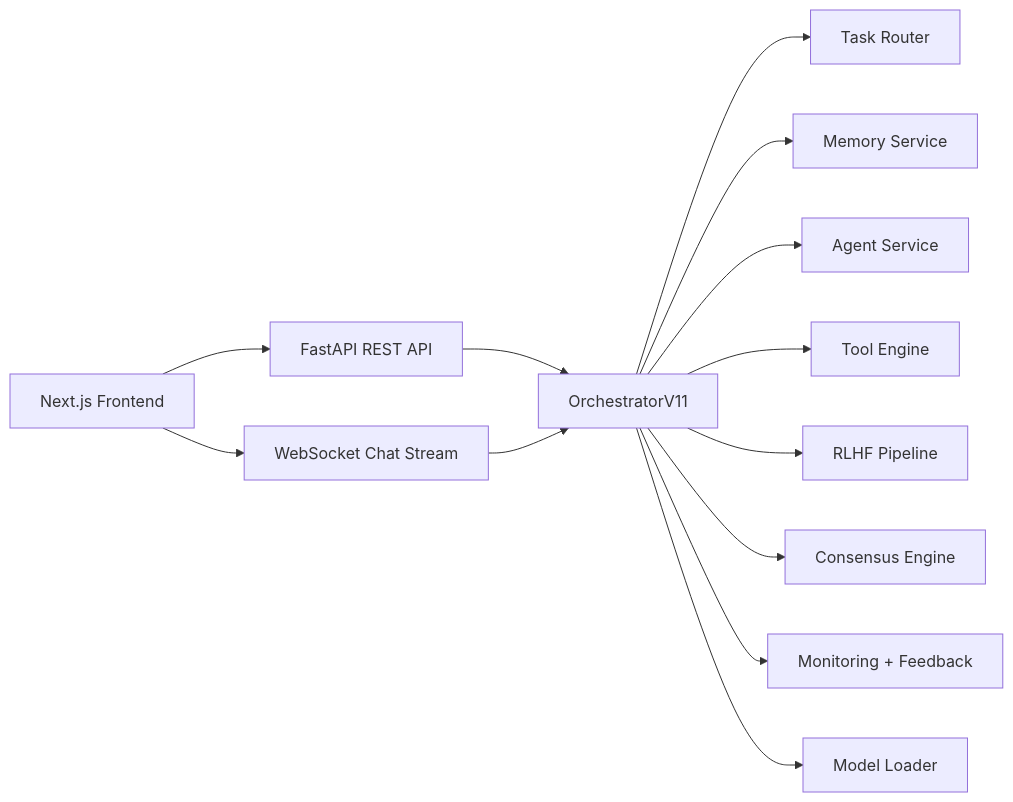
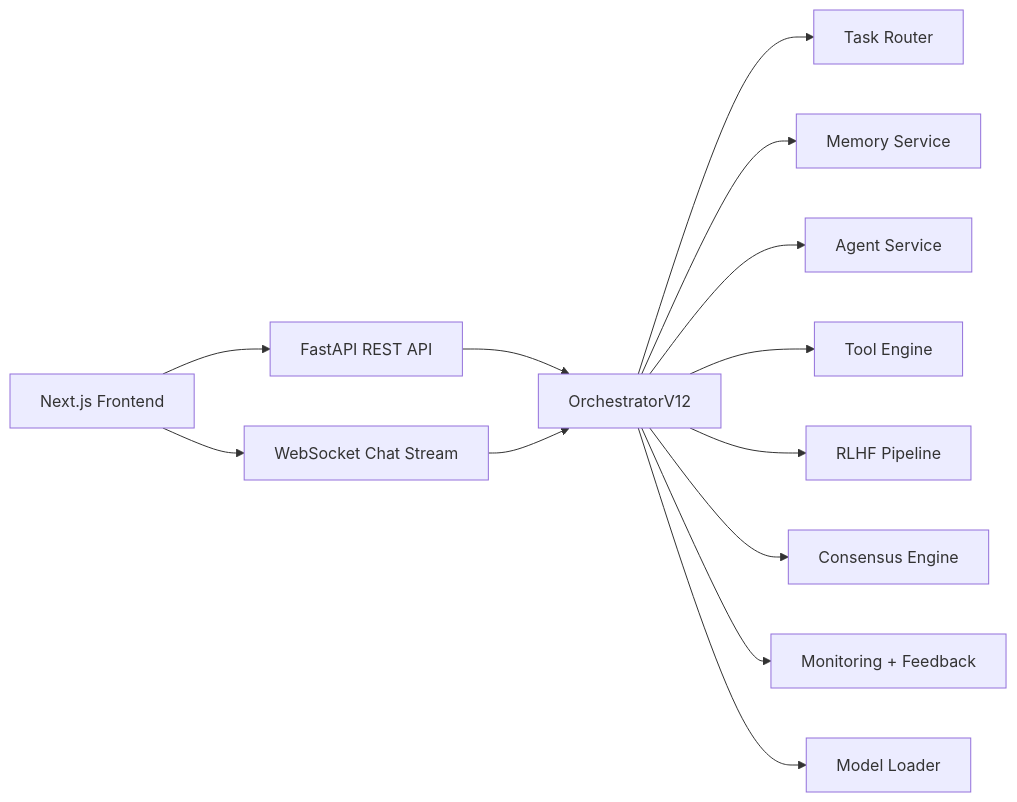
One commit to lucifer9112/SuperAI_V11 changed the diagram in README.md. Above: the diagram before and after it, drawn with Mermaid. The commit also changed other lines of this file and 92 other files, not shown here.

````diff
--- a/README.md
+++ b/README.md
@@ -21,15 +22,15 @@
 ```mermaid
 flowchart LR
     UI["Next.js Frontend"] --> REST["FastAPI REST API"]
     UI --> WS["WebSocket Chat Stream"]
-    REST --> ORCH["OrchestratorV11"]
+    REST --> ORCH["OrchestratorV12"]
     WS --> ORCH
     ORCH --> ROUTER["Task Router"]
     ORCH --> MEMORY["Memory Service"]
     ORCH --> AGENTS["Agent Service"]
     ORCH --> TOOLS["Tool Engine"]
     ORCH --> RLHF["RLHF Pipeline"]
     ORCH --> CONS["Consensus Engine"]
     ORCH --> MON["Monitoring + Feedback"]
     ORCH --> MODELS["Model Loader"]
 ```
````
